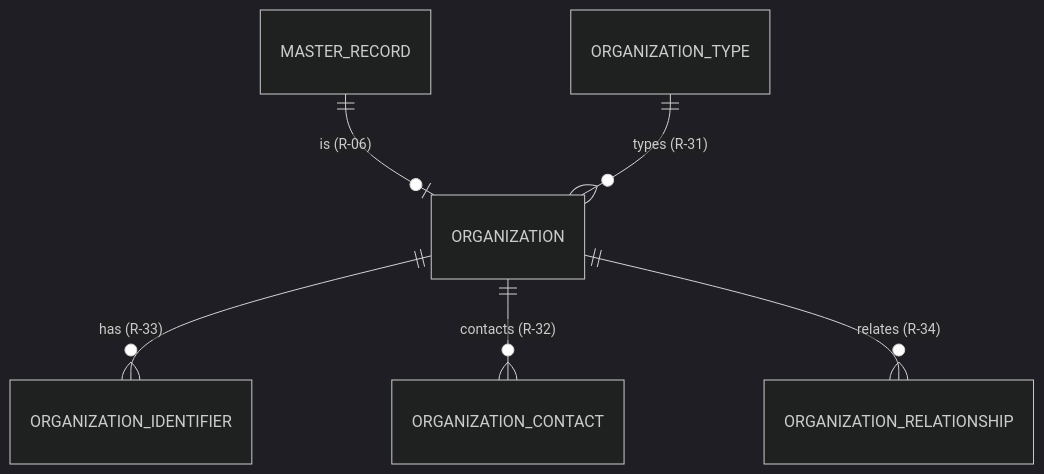
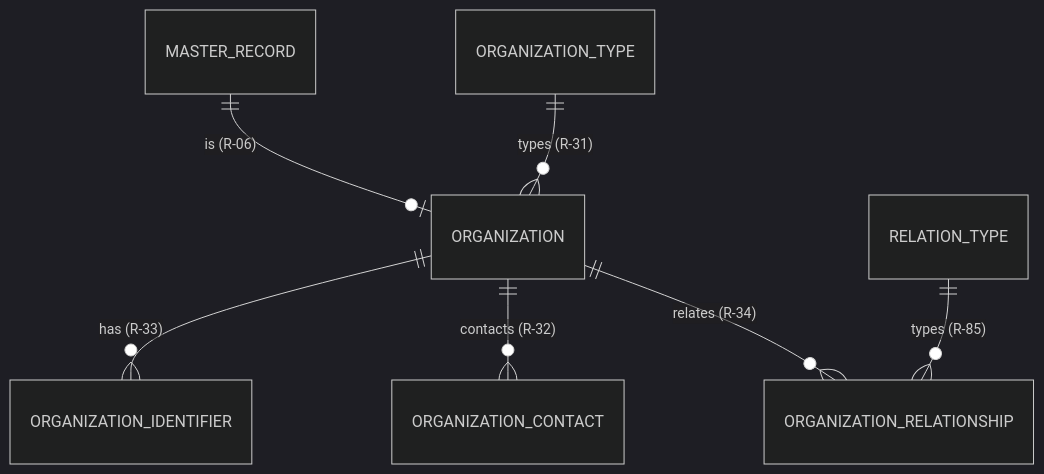
The fifth of 23 diagrams in docs/modules/master-data/06-ERD.md (RohitPatelAtharva/hospital-erp-enterprise), drawn with Mermaid (dark theme) before and after one commit. The commit also changed other lines of this file and 17 other files, not shown here.

Commit message:
docs(architecture): lock master data phase 2 database architecture

````diff
--- a/docs/modules/master-data/06-ERD.md
+++ b/docs/modules/master-data/06-ERD.md
@@ -238,8 +248,9 @@
 ```mermaid
 erDiagram
     MASTER_RECORD ||--o| ORGANIZATION : "is (R-06)"
     ORGANIZATION_TYPE ||--o{ ORGANIZATION : "types (R-31)"
     ORGANIZATION ||--o{ ORGANIZATION_IDENTIFIER : "has (R-33)"
     ORGANIZATION ||--o{ ORGANIZATION_CONTACT : "contacts (R-32)"
     ORGANIZATION ||--o{ ORGANIZATION_RELATIONSHIP : "relates (R-34)"
+    RELATION_TYPE ||--o{ ORGANIZATION_RELATIONSHIP : "types (R-85)"
 ```
````
